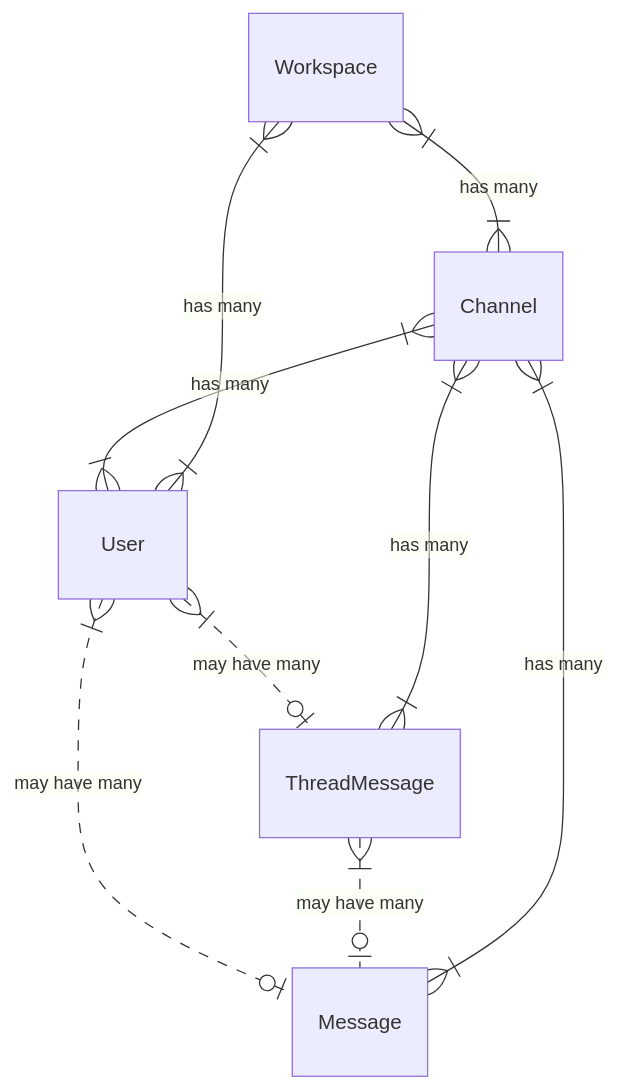
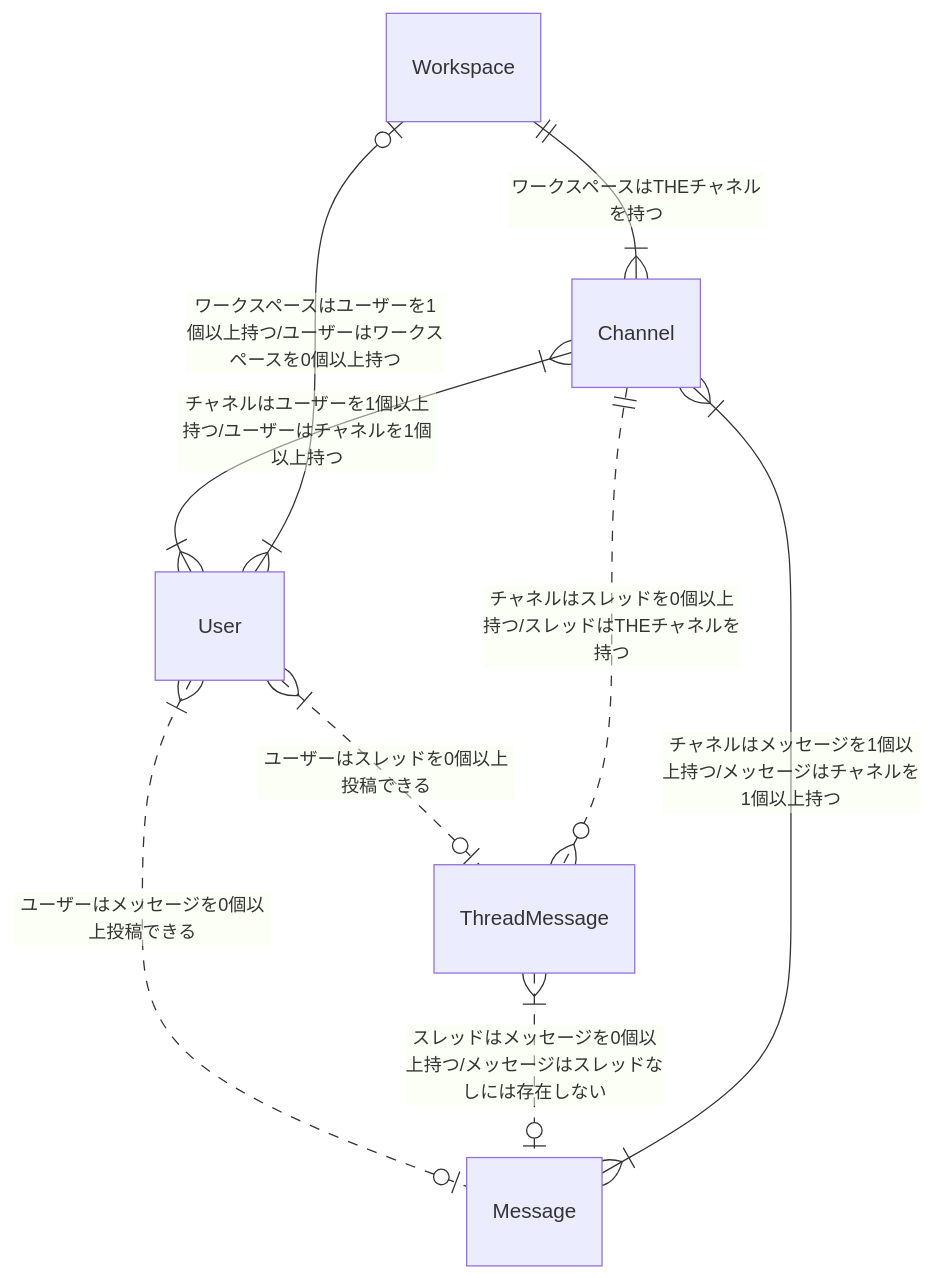
Before and after one commit to junseinagao/praha-challenge: the first of 2 diagrams in データベース設計/DBモデリング2/README.md, drawn with Mermaid. The commit also changed other lines of this file and 1 other file, not shown here.

````diff
--- a/データベース設計/DBモデリング2/README.md
+++ b/データベース設計/DBモデリング2/README.md
@@ -5,11 +7,11 @@
 ```mermaid
 erDiagram
-  User }|..o| ThreadMessage : "may have many"
-  User }|..o| Message : "may have many"
-  ThreadMessage }|..o| Message : "may have many"
-  Channel }|--|{ User : "has many"
-  Channel }|--|{ Message : "has many"
-  Channel }|--|{ ThreadMessage : "has many"
-  Workspace }|--|{ User : "has many"
-  Workspace }|--|{ Channel : "has many"
+  User }|..o| ThreadMessage : "ユーザーはスレッドを0個以上投稿できる"
+  User }|..o| Message : "ユーザーはメッセージを0個以上投稿できる"
+  ThreadMessage }|..o| Message : "スレッドはメッセージを0個以上持つ/メッセージはスレッドなしには存在しない"
+  Channel }|--|{ User : "チャネルはユーザーを1個以上持つ/ユーザーはチャネルを1個以上持つ"
+  Channel }|--|{ Message : "チャネルはメッセージを1個以上持つ/メッセージはチャネルを1個以上持つ"
+  Channel ||..o{ ThreadMessage : "チャネルはスレッドを0個以上持つ/スレッドはTHEチャネルを持つ"
+  Workspace |o--|{ User : "ワークスペースはユーザーを1個以上持つ/ユーザーはワークスペースを0個以上持つ"
+  Workspace ||--|{ Channel : "ワークスペースはTHEチャネルを持つ"
 ```
````
